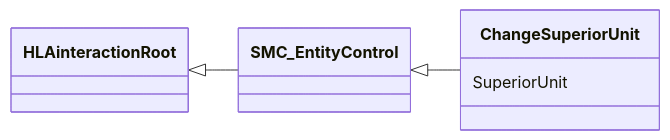
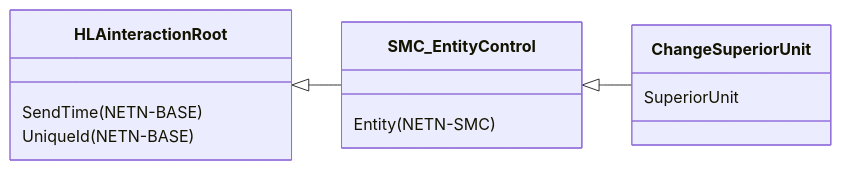
The fourth of 4 diagrams in NETN-ORG.md (AMSP-04/NETN-ORG), drawn with Mermaid before and after one commit. The commit also changed other lines of this file and 4 other files, not shown here.

````diff
--- a/NETN-ORG.md
+++ b/NETN-ORG.md
@@ -162,7 +230,10 @@
 ```mermaid
 classDiagram 
 direction LR
 HLAinteractionRoot <|-- SMC_EntityControl
+HLAinteractionRoot : SendTime(NETN-BASE)
+HLAinteractionRoot : UniqueId(NETN-BASE)
 SMC_EntityControl <|-- ChangeSuperiorUnit
+SMC_EntityControl : Entity(NETN-SMC)
 ChangeSuperiorUnit : SuperiorUnit
 ```
````
